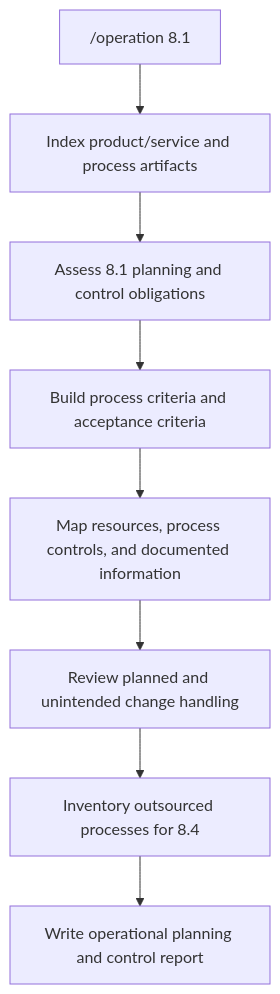
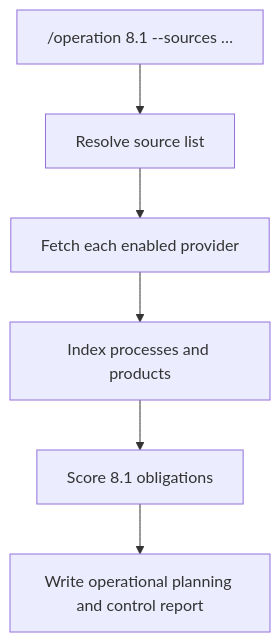
One commit to 99x-Projects/compliance-automation changed the second of 2 diagrams in plugins/operation/README.md. Above: the diagram before and after it, drawn with Mermaid. The commit also changed other lines of this file and 15 other files, not shown here.

````diff
--- a/plugins/operation/README.md
+++ b/plugins/operation/README.md
@@ -24,10 +49,8 @@
 ```mermaid
 flowchart TD
-    A["/operation 8.1"] --> B[Index product/service and process artifacts]
-    B --> C[Assess 8.1 planning and control obligations]
-    C --> D[Build process criteria and acceptance criteria]
-    D --> E[Map resources, process controls, and documented information]
-    E --> F[Review planned and unintended change handling]
-    F --> G[Inventory outsourced processes for 8.4]
-    G --> H[Write operational planning and control report]
+    A["/operation 8.1 --sources …"] --> B[Resolve source list]
+    B --> C[Fetch each enabled provider]
+    C --> D[Index processes and products]
+    D --> E[Score 8.1 obligations]
+    E --> F[Write operational planning and control report]
 ```
````
